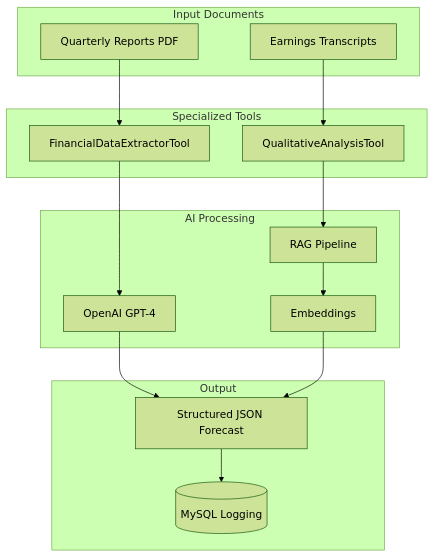
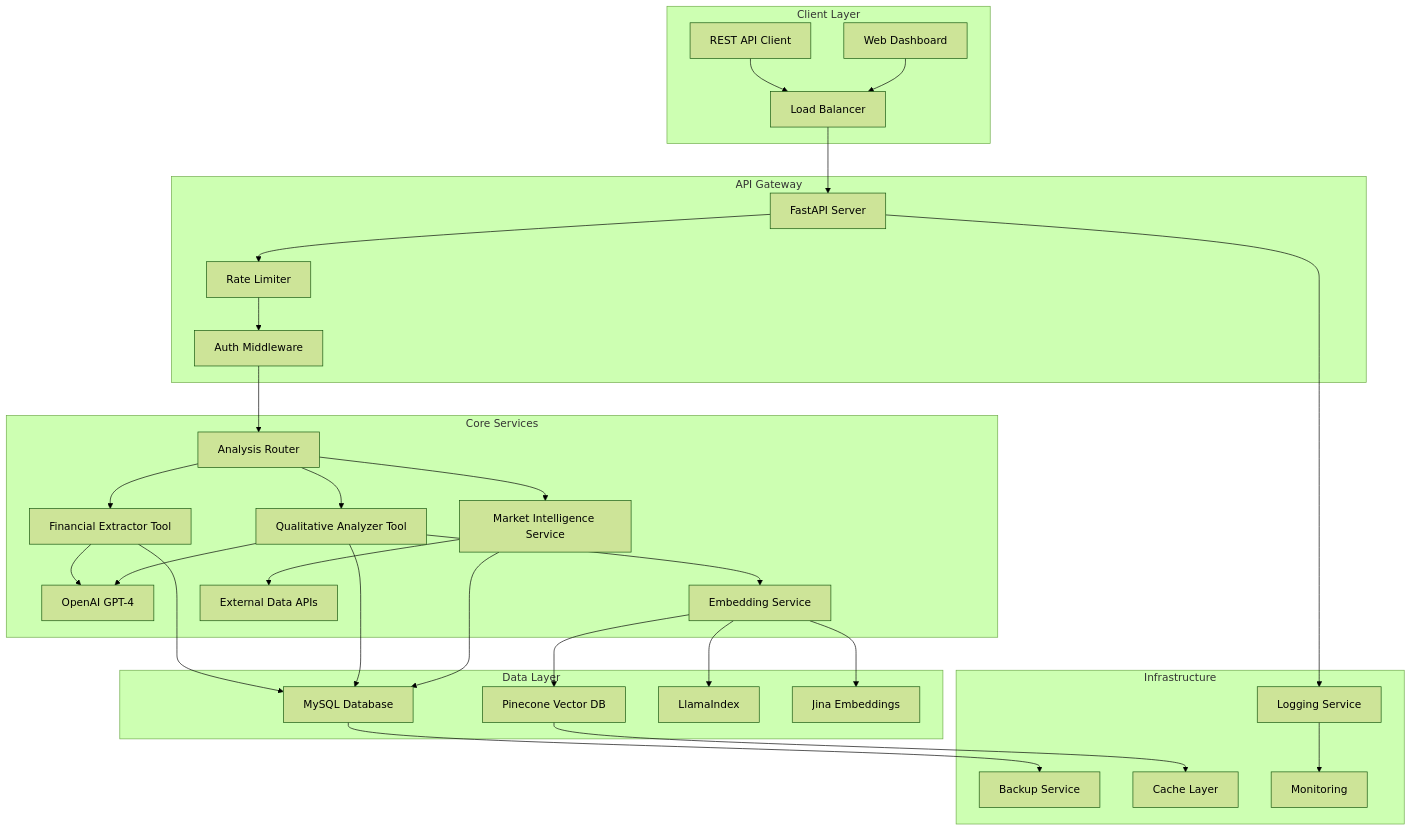
One commit to DivyamTalwar/PREDICTIQ changed the first of 3 diagrams in README.md. Above: the diagram before and after it, drawn with Mermaid (forest theme). The commit also changed other lines of this file, not shown here.

````diff
--- a/README.md
+++ b/README.md
@@ -18,32 +45,42 @@
 ```mermaid
 graph TB
-    subgraph "Input Documents"
-        QR[Quarterly Reports PDF]
-        ET[Earnings Transcripts]
+    subgraph "Client Layer"
+        A[REST API Client] --> B[Load Balancer]
+        M[Web Dashboard] --> B
     end
 
-    subgraph "Specialized Tools"
-        FDE[FinancialDataExtractorTool]
-        QAT[QualitativeAnalysisTool]
+    subgraph "API Gateway"
+        B --> C[FastAPI Server]
+        C --> D[Rate Limiter]
+        D --> E[Auth Middleware]
     end
 
-    subgraph "AI Processing"
-        GPT4[OpenAI GPT-4]
-        RAG[RAG Pipeline]
-        EMB[Embeddings]
+    subgraph "Core Services"
+        E --> F[Analysis Router]
+        F --> G[Financial Extractor Tool]
+        F --> H[Qualitative Analyzer Tool]
+        F --> I[Market Intelligence Service]
+
+        G --> J[OpenAI GPT-4]
+        H --> J
+        H --> K[Embedding Service]
+        I --> L[External Data APIs]
     end
 
-    subgraph "Output"
-        JSON[Structured JSON Forecast]
-        DB[(MySQL Logging)]
+    subgraph "Data Layer"
+        K --> N[Pinecone Vector DB]
+        G --> O[MySQL Database]
+        H --> O
+        I --> O
+
+        K --> P[LlamaIndex]
+        K --> Q[Jina Embeddings]
     end
 
-    QR --> FDE
-    ET --> QAT
-    FDE --> GPT4
-    QAT --> RAG
-    RAG --> EMB
-    GPT4 --> JSON
-    EMB --> JSON
-    JSON --> DB
+    subgraph "Infrastructure"
+        O --> R[Backup Service]
+        N --> S[Cache Layer]
+        C --> T[Logging Service]
+        T --> U[Monitoring]
+    end
 ```
````
